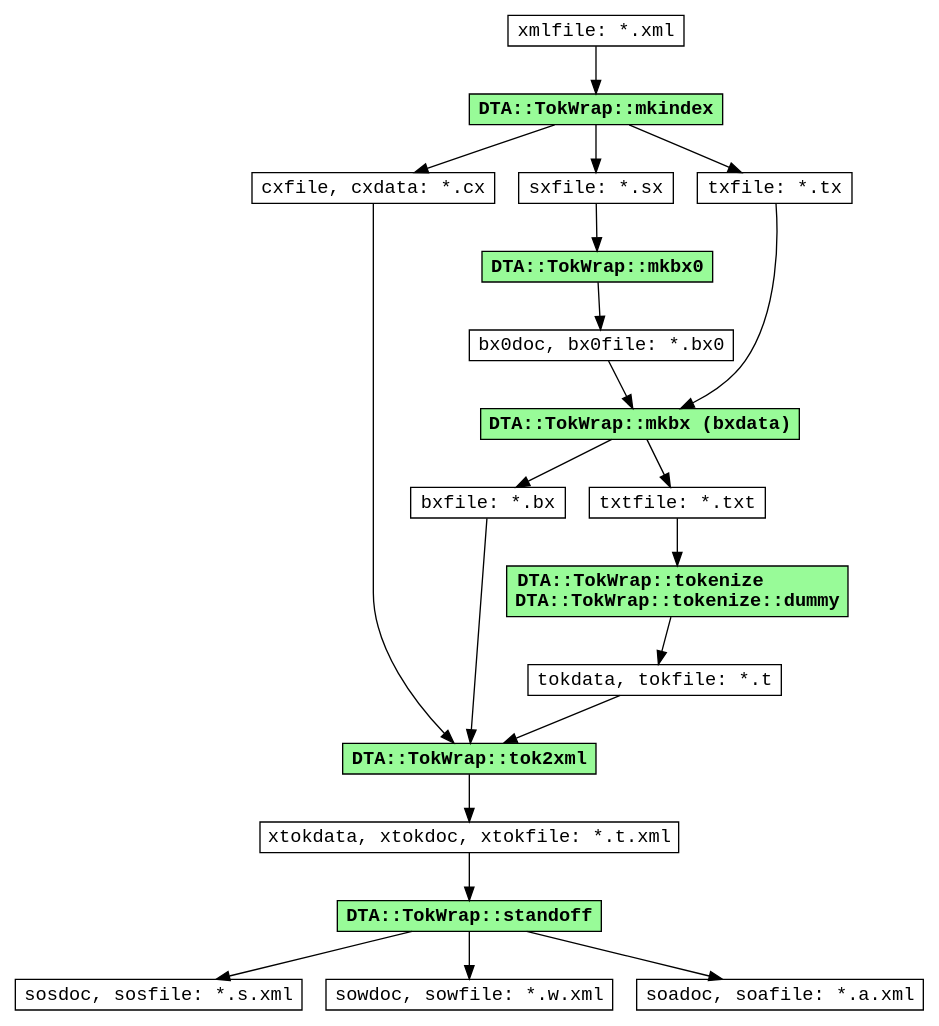
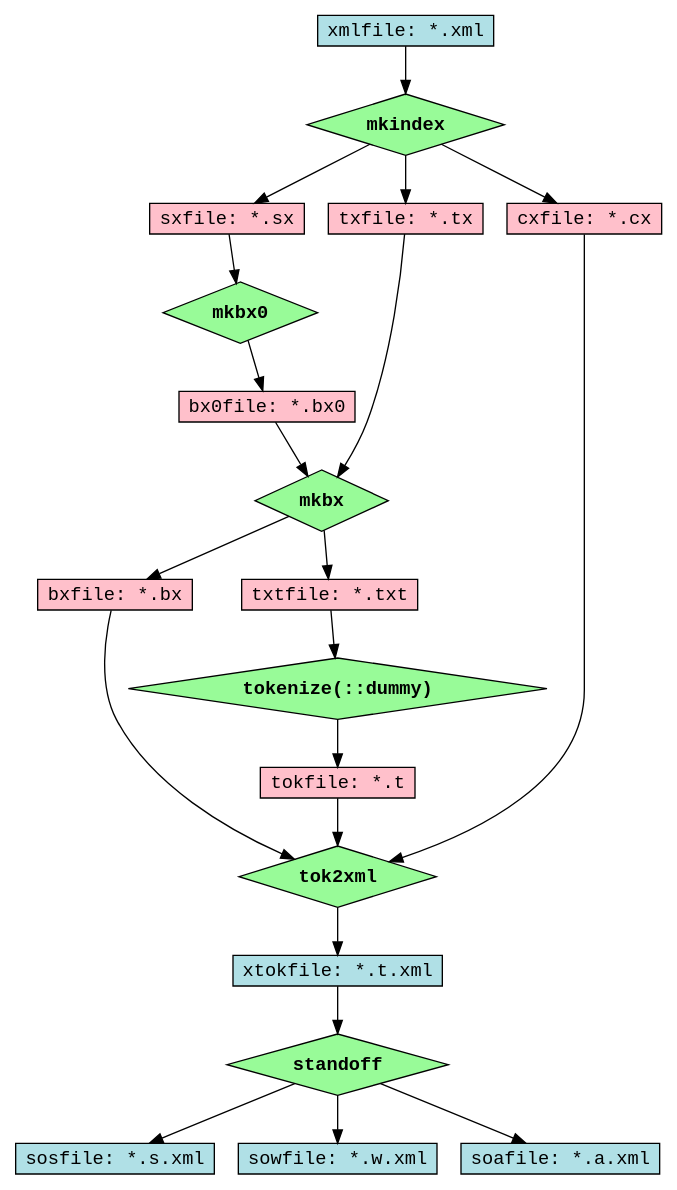
Before and after one commit to moocow-the-bovine/dta-tokwrap: the diagram in doc/dot/dataflow-perl-files.dot, drawn with Graphviz. The commit also changed 4 other files, not shown here.

Commit message:
+ dataflow dot graph updates, distcheck ok

```diff
--- a/doc/dot/dataflow-perl-files.dot
+++ b/doc/dot/dataflow-perl-files.dot
@@ -1,58 +1,72 @@
 /* -*- Mode: C -*- */
-digraph dataflow {
-  node [shape=rectangle,height=0.25,fontname="Courier"];
+digraph dataflow_perl_files {
+  node [shape=rectangle,style=filled,fillcolor=pink,height=0.25,fontname="Courier"];
   edge [decorate=0,fontname="Courier"];
 
-  xml [label="xmlfile: *.xml"];
+  xml [label="xmlfile: *.xml",fillcolor=PowderBlue];
 
-  mkindex [label="DTA::TokWrap::mkindex",shape=rectangle,style=filled,fillcolor=PaleGreen,fontname="Courier-Bold"];
+  mkindex [label="mkindex",shape=diamond,fillcolor=PaleGreen,fontname="Courier-Bold"];
   xml -> mkindex;
 
-  cx [label="cxfile, cxdata: *.cx"];
-  sx [label="sxfile: *.sx"];
-  tx [label="txfile: *.tx"];
-  mkindex -> cx;
-  mkindex -> sx;
-  mkindex -> tx;
-  {rank=same; cx sx tx}
+  sxfile [label="sxfile: *.sx"];
+  txfile [label="txfile: *.tx"];
+  cxfile [label="cxfile: *.cx"];
+  mkindex -> cxfile;
+  mkindex -> sxfile;
+  mkindex -> txfile;
+  {rank=same; cxfile sxfile txfile}
 
-  bx0 [label="bx0doc, bx0file: *.bx0"];
-  mkbx0 [label="DTA::TokWrap::mkbx0",shape=rectangle,style=filled,fillcolor=PaleGreen,fontname="Courier-Bold"];
-  sx -> mkbx0;
-  mkbx0 -> bx0;
+  mkbx0 [label="mkbx0",shape=diamond,fillcolor=PaleGreen,fontname="Courier-Bold"];
+  sxfile -> mkbx0;
+ 
+  bx0file [label="bx0file: *.bx0"];
+  mkbx0 -> bx0file;
 
+  mkbx [label="mkbx",shape=diamond,fillcolor=PaleGreen,fontname="Courier-Bold"];
+  bx0file -> mkbx;
+  txfile  -> mkbx;
 
-  bx [label="bxfile: *.bx"];
-  mkbx [label="DTA::TokWrap::mkbx (bxdata)",shape=rectangle,style=filled,fillcolor=PaleGreen,fontname="Courier-Bold"];
-  bx0 -> mkbx;
-  tx -> mkbx;
-  mkbx -> bx;
+  bxfile [label="bxfile: *.bx"];
+  txtfile [label="txtfile: *.txt"];
+  mkbx -> bxfile;
+  mkbx -> txtfile;
+  {rank=same; bxfile txtfile}
 
-  txt [label="txtfile: *.txt"];
-  {rank=same; bx txt}
-  mkbx -> txt;
+  tokenize [label="tokenize(::dummy)",shape=diamond,fillcolor=PaleGreen,fontname="Courier-Bold",justify="left"];
+  txtfile -> tokenize;
 
-  tok [label="tokdata, tokfile: *.t"];
-  tokenize [label="DTA::TokWrap::tokenize\lDTA::TokWrap::tokenize::dummy",shape=rectangle,style=filled,fillcolor=PaleGreen,fontname="Courier-Bold",justify="left"];
-  txt -> tokenize;
-  tokenize -> tok;
+  tokfile [label="tokfile: *.t"];
+  tokenize -> tokfile;
+  //{rank=same; tokdata tokfile;}
 
-  tokxml [label="xtokdata, xtokdoc, xtokfile: *.t.xml"];
-  tok2xml [label="DTA::TokWrap::tok2xml",shape=rectangle,style=filled,fillcolor=PaleGreen,fontname="Courier-Bold"];
-  tok -> tok2xml;
-  bx  -> tok2xml;
-  cx  -> tok2xml;
-  tok2xml -> tokxml;
+  xtokfile [label="xtokfile: *.t.xml",fillcolor=PowderBlue];
 
-  standoff [label="DTA::TokWrap::standoff",shape=rectangle,style=filled,fillcolor=PaleGreen,fontname="Courier-Bold"];
-  tokxml -> standoff;
+  //-- tok2xml via c prog
+  tok2xml[label="tok2xml",shape=diamond,fillcolor=PaleGreen,fontname="Courier-Bold"];
+  bxfile -> tok2xml;
+  cxfile -> tok2xml;
+  tokfile -> tok2xml;
+  tok2xml -> xtokfile;
+  
+  //-- standoff via C progs
+  standoff [label="standoff",shape=diamond,fillcolor=PaleGreen,fontname="Courier-Bold"];
+  xtokfile -> standoff;
 
-  sos [label="sosdoc, sosfile: *.s.xml"];
-  standoff -> sos;
+  /*
+    sofiles [label="sosfile: *.s.xml\nsowfile: *.w.xml\nsoafile: *.a.xml"];
+    standoff -> sofiles;
+  */
 
-  sow [label="sowdoc, sowfile: *.w.xml"];
-  standoff -> sow;
+  sosfile [label="sosfile: *.s.xml",fillcolor=PowderBlue];
+  sowfile [label="sowfile: *.w.xml",fillcolor=PowderBlue];
+  soafile [label="soafile: *.a.xml",fillcolor=PowderBlue];
+  standoff -> sosfile;
+  standoff -> sowfile;
+  standoff -> soafile;
 
-  soa [label="soadoc, soafile: *.a.xml"];
-  standoff -> soa;
+  //-- standoff: xsl stylesheets (now obsolete)
+  /*
+  standoff_xsl [label="t2s.xsl\nt2w.xsl\nt2a.xsl",fillcolor=orange];
+  standoff -> standoff_xsl;
+  */
 }
```
